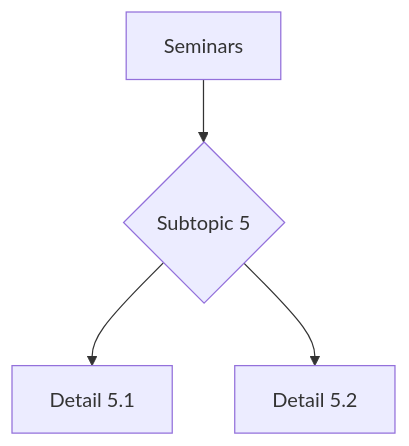
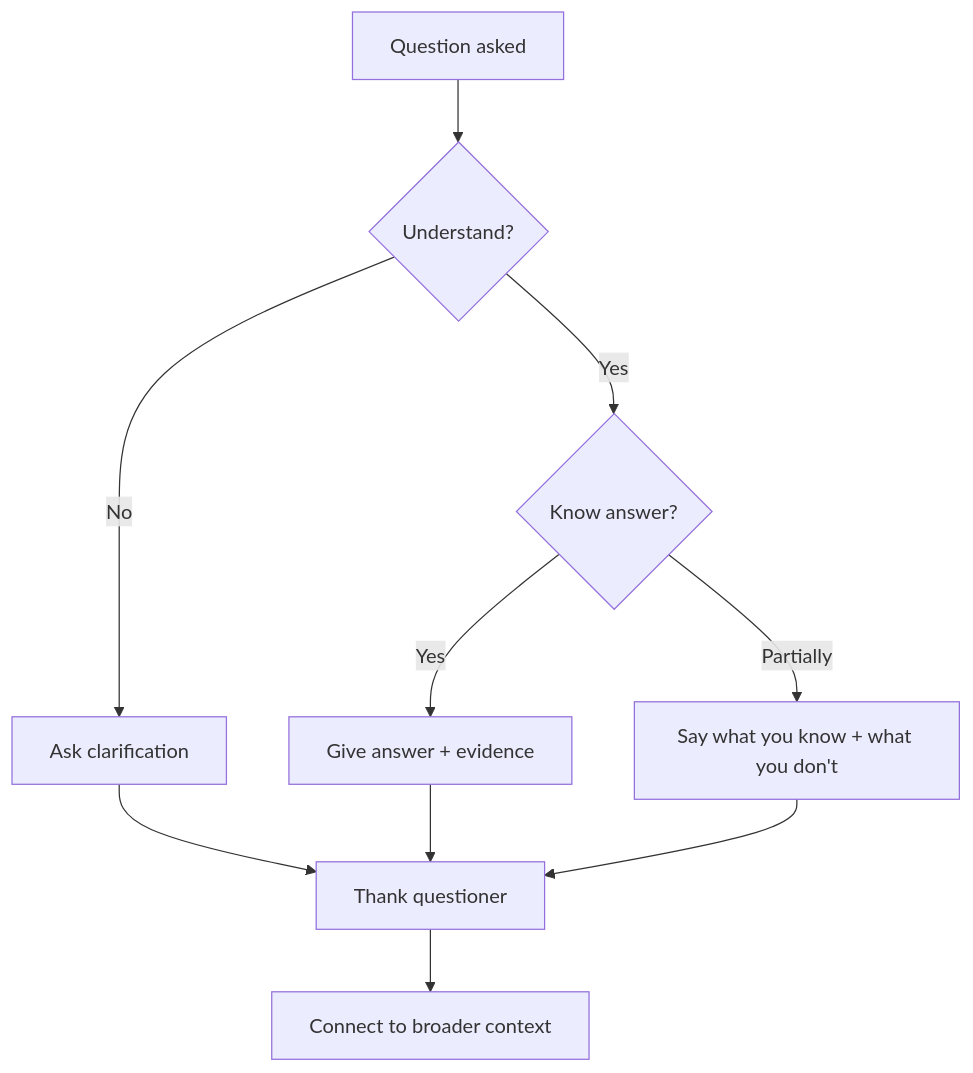
Before and after one commit to yip-lgtm/PhysicsSelfStudy: the fifth of 5 diagrams in 02_MSc_DataDriven_Modeling/core_courses/MSDM_6771/README.md, drawn with Mermaid. The commit also changed other lines of this file and 17 other files, not shown here.

````diff
--- a/02_MSc_DataDriven_Modeling/core_courses/MSDM_6771/README.md
+++ b/02_MSc_DataDriven_Modeling/core_courses/MSDM_6771/README.md
@@ -291,6 +613,12 @@
 ```mermaid
 graph TD
-    A[Seminars] --> B{Subtopic 5}
-    B --> C[Detail 5.1]
-    B --> D[Detail 5.2]
+    A[Question asked] --> B{Understand?}
+    B -->|No| C[Ask clarification]
+    B -->|Yes| D{Know answer?}
+    D -->|Yes| E[Give answer + evidence]
+    D -->|Partially| F[Say what you know + what you don't]
+    C --> G[Thank questioner]
+    E --> G
+    F --> G
+    G --> H[Connect to broader context]
 ```
````
